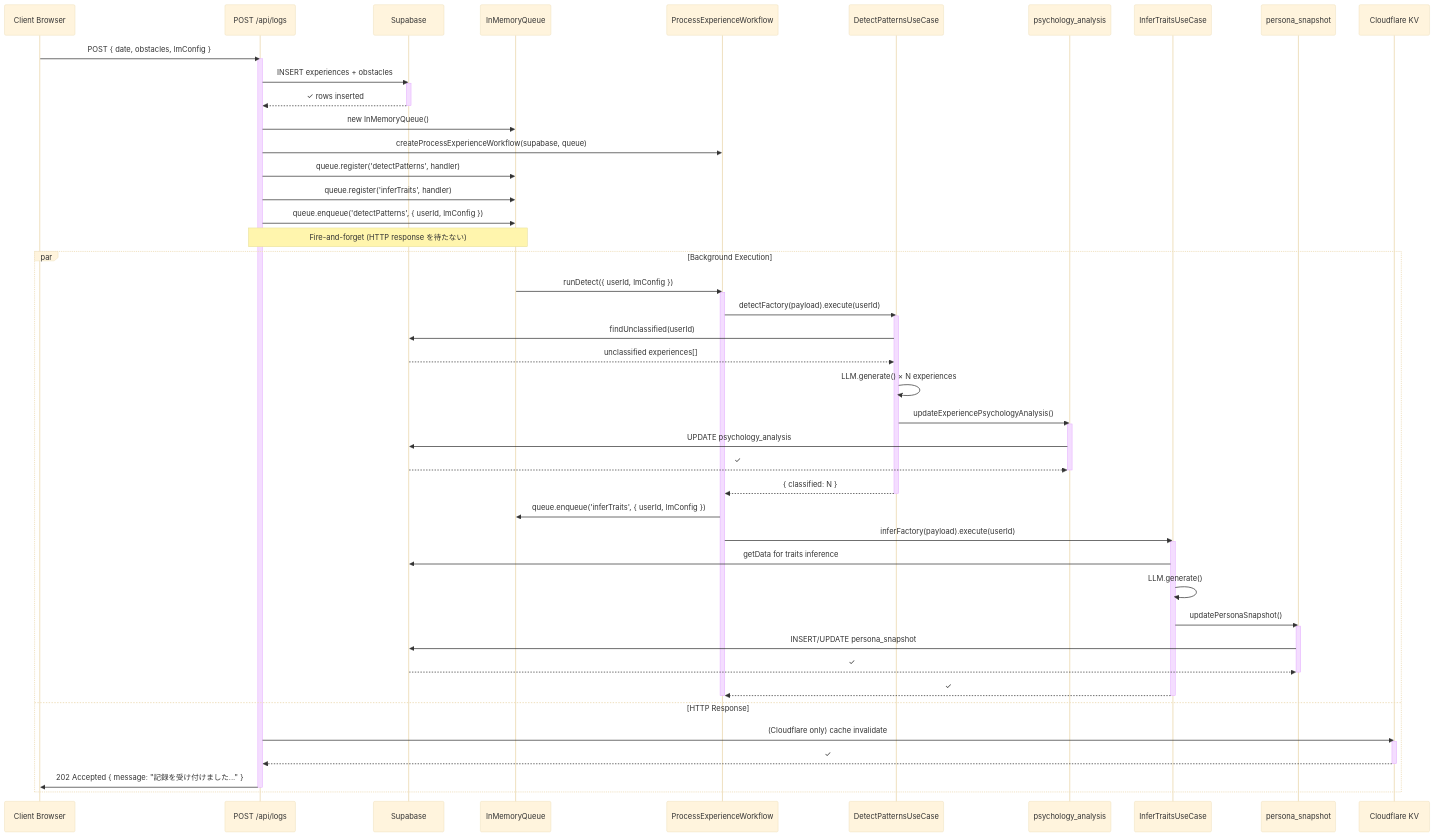
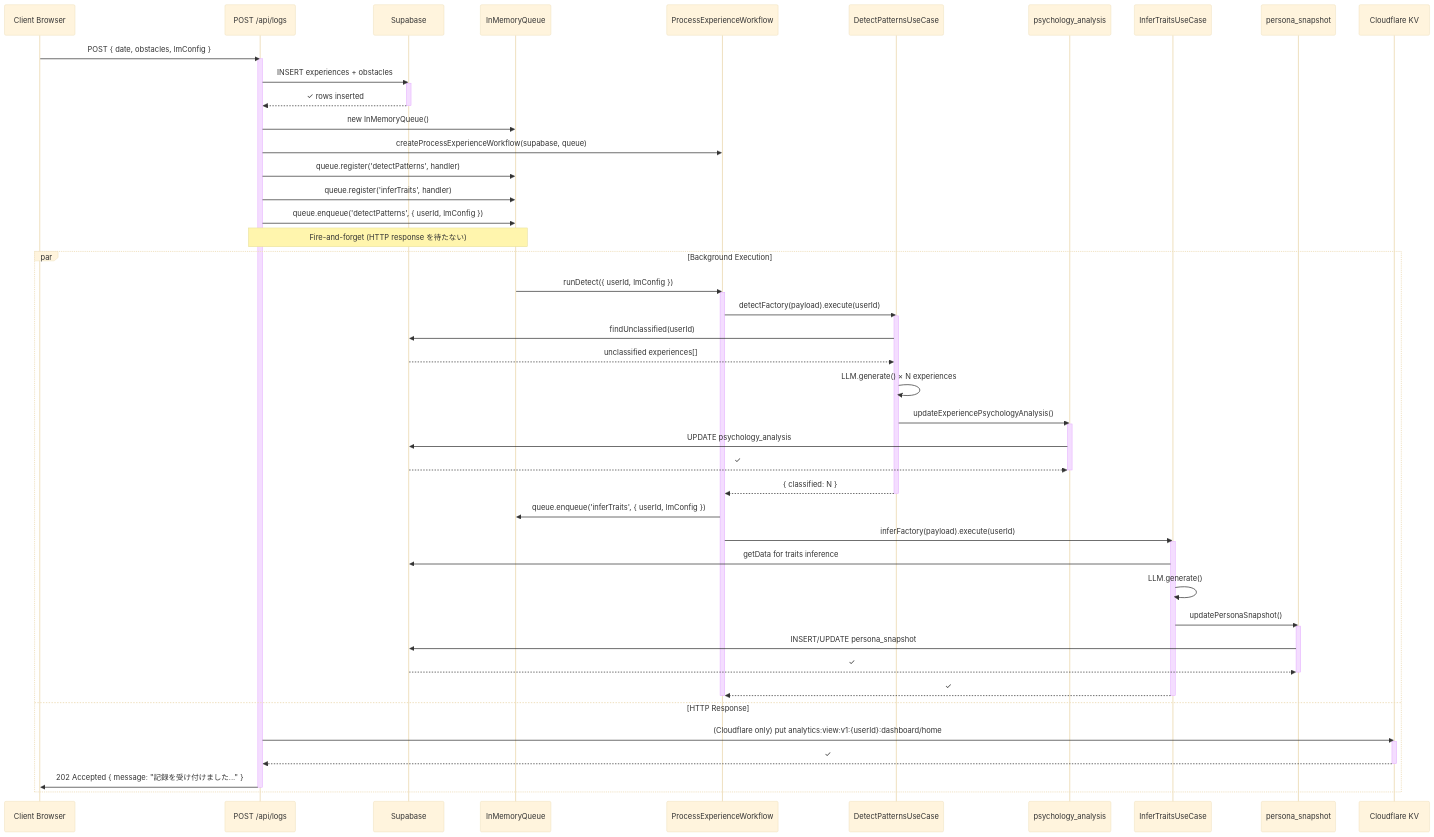
The second of 2 diagrams in docs/viewer_.md (Yukkurisiteikitai/LustraEngine), drawn with Mermaid (base theme) before and after one commit. The commit also changed other lines of this file and 17 other files, not shown here.

````diff
--- a/docs/viewer_.md
+++ b/docs/viewer_.md
@@ -75,70 +79,70 @@
 ```mermaid
 sequenceDiagram
     participant Client as Client Browser
     participant LogAPI as POST /api/logs
     participant Supabase as Supabase
     participant Queue as InMemoryQueue
     participant Workflow as ProcessExperienceWorkflow
     participant Detect as DetectPatternsUseCase
     participant Psychology as psychology_analysis
     participant Infer as InferTraitsUseCase
     participant Persona as persona_snapshot
     participant KV as Cloudflare KV
 
     Client->>LogAPI: POST { date, obstacles, lmConfig }
     activate LogAPI
     
     LogAPI->>Supabase: INSERT experiences + obstacles
     activate Supabase
     Supabase-->>LogAPI: ✓ rows inserted
     deactivate Supabase
 
     LogAPI->>Queue: new InMemoryQueue()
     LogAPI->>Workflow: createProcessExperienceWorkflow(supabase, queue)
     LogAPI->>Queue: queue.register('detectPatterns', handler)
     LogAPI->>Queue: queue.register('inferTraits', handler)
 
     LogAPI->>Queue: queue.enqueue('detectPatterns', { userId, lmConfig })
     
     Note over LogAPI,Queue: Fire-and-forget (HTTP response を待たない)
     
     par Background Execution
         Queue->>Workflow: runDetect({ userId, lmConfig })
         activate Workflow
         
         Workflow->>Detect: detectFactory(payload).execute(userId)
         activate Detect
         Detect->>Supabase: findUnclassified(userId)
         Supabase-->>Detect: unclassified experiences[]
         Detect->>Detect: LLM.generate() × N experiences
         Detect->>Psychology: updateExperiencePsychologyAnalysis()
         activate Psychology
         Psychology->>Supabase: UPDATE psychology_analysis
         Supabase-->>Psychology: ✓
         deactivate Psychology
         Detect-->>Workflow: { classified: N }
         deactivate Detect
         
         Workflow->>Queue: queue.enqueue('inferTraits', { userId, lmConfig })
         Workflow->>Infer: inferFactory(payload).execute(userId)
         activate Infer
         Infer->>Supabase: getData for traits inference
         Infer->>Infer: LLM.generate()
         Infer->>Persona: updatePersonaSnapshot()
         activate Persona
         Persona->>Supabase: INSERT/UPDATE persona_snapshot
         Supabase-->>Persona: ✓
         deactivate Persona
         Infer-->>Workflow: ✓
         deactivate Infer
         
         deactivate Workflow
     and HTTP Response
-        LogAPI->>KV: (Cloudflare only) cache invalidate
+        LogAPI->>KV: (Cloudflare only) put analytics:view:v1:{userId}:dashboard/home
         activate KV
         KV-->>LogAPI: ✓
         deactivate KV
         LogAPI->>Client: 202 Accepted { message: "記録を受け付けました..." }
         deactivate LogAPI
     end
 ```
````
